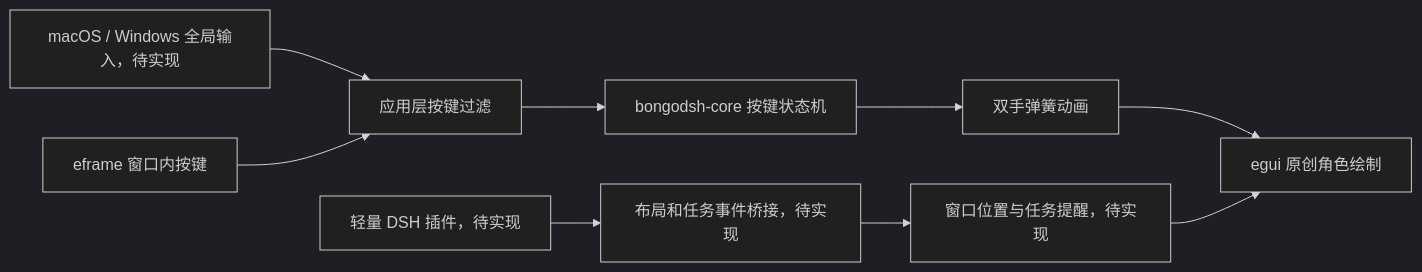
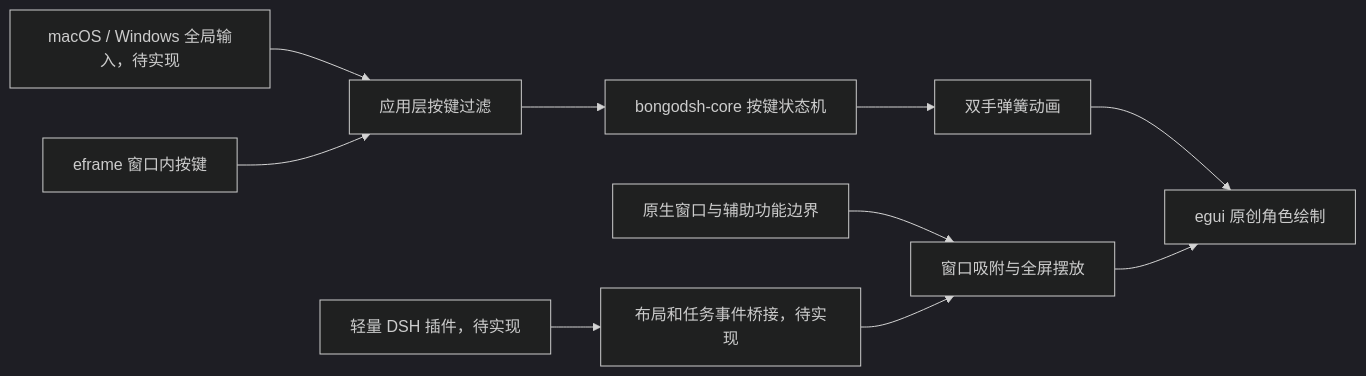
The diagram in docs/project-baseline.md (PetalEcho/BongoDSH), drawn with Mermaid (dark theme) before and after one commit. The commit also changed other lines of this file and 11 other files, not shown here.

````diff
--- a/docs/project-baseline.md
+++ b/docs/project-baseline.md
@@ -45,11 +45,12 @@
 ```mermaid
 flowchart LR
     Native[macOS / Windows 全局输入，待实现] --> Input[应用层按键过滤]
     Window[eframe 窗口内按键] --> Input
     DSH[轻量 DSH 插件，待实现] --> Bridge[布局和任务事件桥接，待实现]
     Input --> Core[bongodsh-core 按键状态机]
     Core --> Motion[双手弹簧动画]
     Motion --> Render[egui 原创角色绘制]
-    Bridge --> Shell[窗口位置与任务提醒，待实现]
+    Layout[原生窗口与辅助功能边界] --> Shell[窗口吸附与全屏摆放]
+    Bridge --> Shell
     Shell --> Render
 ```
````
